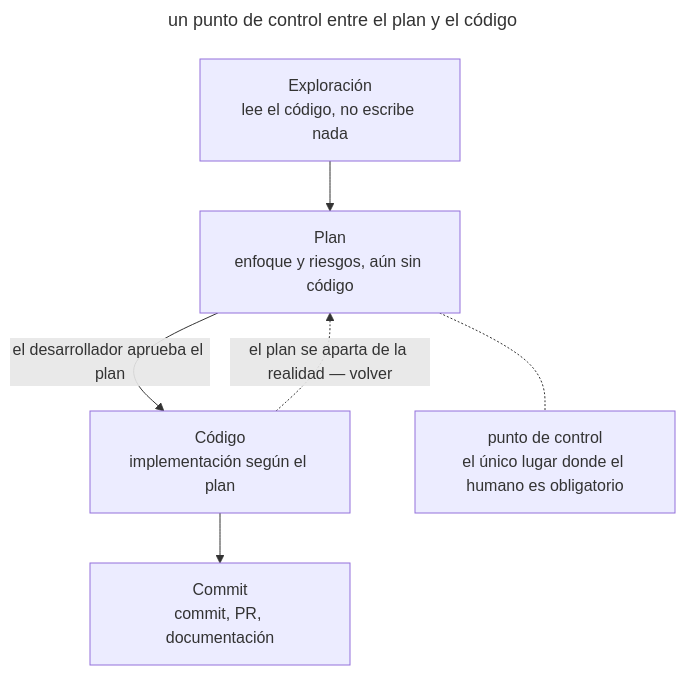
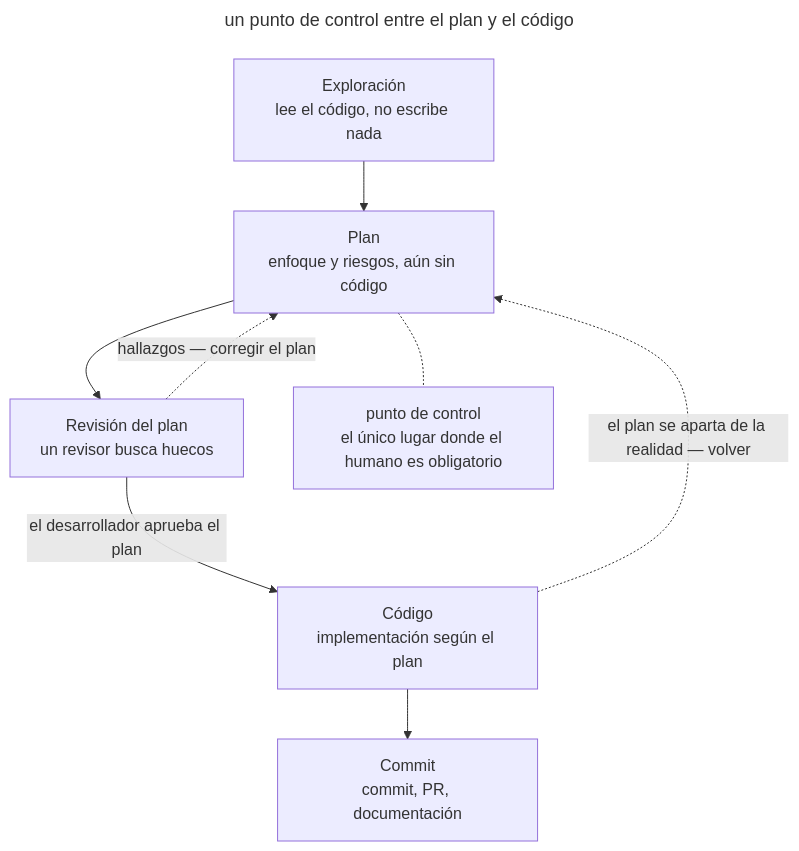
One commit to Rastavelli/agentic-coding-design-patterns changed the diagram in book/es/explore-plan-code-commit.md. Above: the diagram before and after it, drawn with Mermaid. The commit also changed other lines of this file and 2 other files, not shown here.

Commit message:
docs: add agent review of the plan to four phases

````diff
--- a/book/es/explore-plan-code-commit.md
+++ b/book/es/explore-plan-code-commit.md
@@ -54,16 +54,19 @@
 ```mermaid
 ---
 title: un punto de control entre el plan y el código
 ---
 flowchart TB
   explore["Exploración<br/>lee el código, no escribe nada"]
   plan["Plan<br/>enfoque y riesgos, aún sin código"]
+  check["Revisión del plan<br/>un revisor busca huecos"]:::muted
   code["Código<br/>implementación según el plan"]
   commit["Commit<br/>commit, PR, documentación"]
   explore --> plan
-  plan -- "el desarrollador aprueba el plan" --> code
+  plan --> check
+  check -. "hallazgos — corregir el plan" .-> plan
+  check -- "el desarrollador aprueba el plan" --> code
   code --> commit
   code -. "el plan se aparta de la realidad — volver" .-> plan
   gate["punto de control<br/>el único lugar donde el humano es obligatorio"]:::warn
   plan -.- gate
 ```
````
